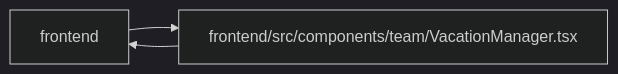
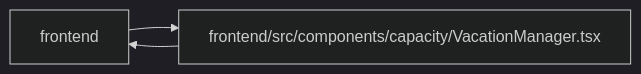
One commit to Denissvgn/WorkChord changed the diagram in docs/llm_wiki/modules/VacationManager.md. Above: the diagram before and after it, drawn with Mermaid (dark theme). The commit also changed other lines of this file and 2373 other files, not shown here.

````diff
--- a/docs/llm_wiki/modules/VacationManager.md
+++ b/docs/llm_wiki/modules/VacationManager.md
@@ -43,8 +43,8 @@
 ```mermaid
 flowchart LR
     n0["frontend"]
-    n1["frontend/src/components/team/VacationManager.tsx"]
+    n1["frontend/src/components/capacity/VacationManager.tsx"]
     n0 --> n1
     n1 --> n0
     click n1 "../modules/VacationManager.md"
 ```
````
